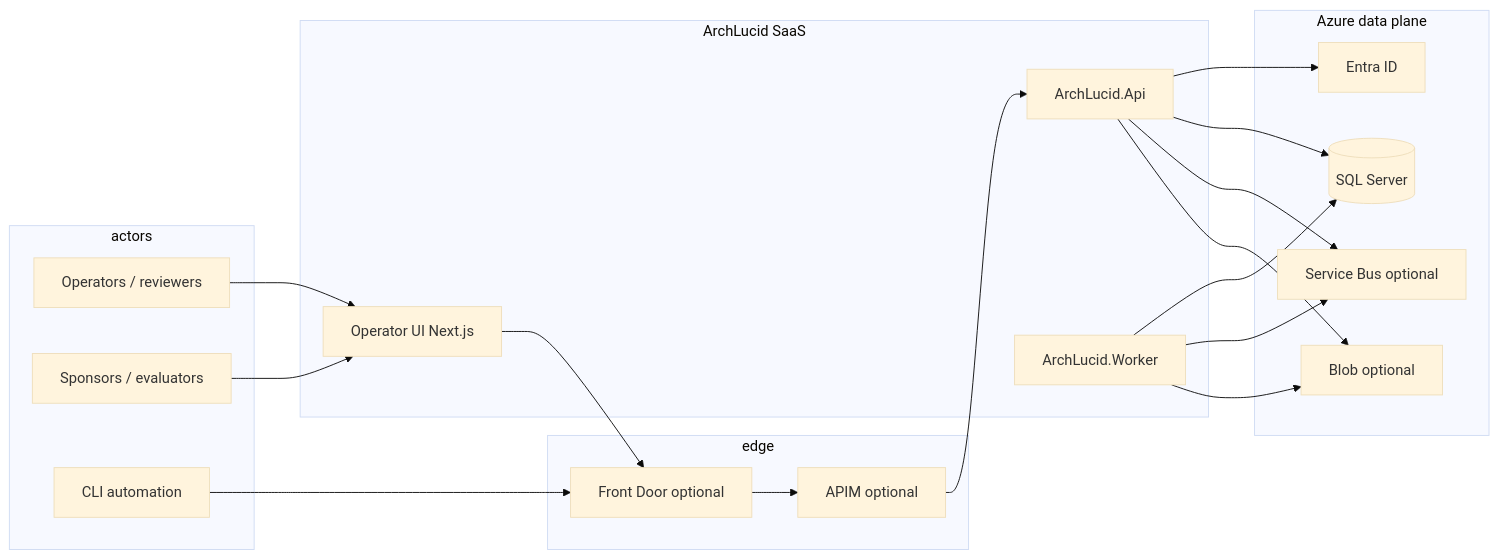
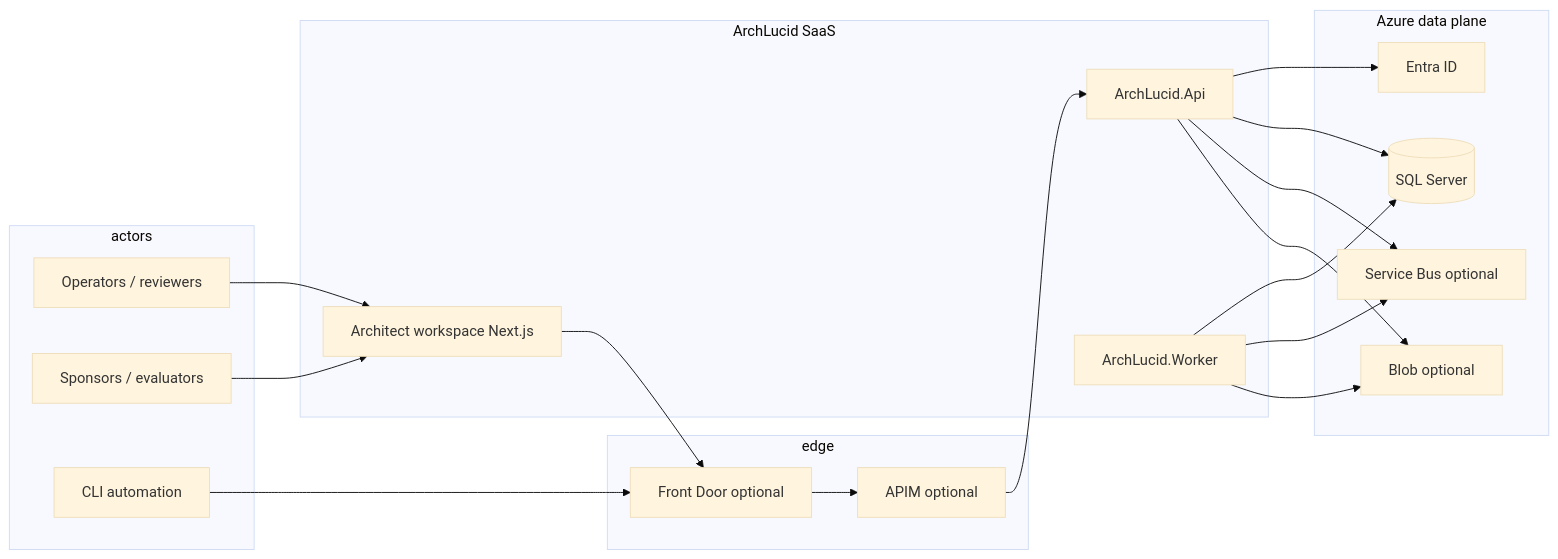
The first of 2 diagrams in docs/ARCHITECTURE_ON_ONE_PAGE.md (joefrancisGA/ArchLucid), drawn with Mermaid (base theme) before and after one commit. The commit also changed other lines of this file and 13 other files, not shown here.

First line of the commit message:
Align Batches 13–14 spine and packaging docs with Architect and Finalize language.

````diff
--- a/docs/ARCHITECTURE_ON_ONE_PAGE.md
+++ b/docs/ARCHITECTURE_ON_ONE_PAGE.md
@@ -32,36 +32,36 @@
 ```mermaid
 flowchart LR
   subgraph actors
     OP[Operators / reviewers]
     SP[Sponsors / evaluators]
     AUTO[CLI automation]
   end
   subgraph edge
     FD[Front Door optional]
     GW[APIM optional]
   end
   subgraph boundary[ArchLucid SaaS]
-    UI[Operator UI Next.js]
+    UI[Architect workspace Next.js]
     API[ArchLucid.Api]
     WK[ArchLucid.Worker]
   end
   subgraph platform[Azure data plane]
     SQL[(SQL Server)]
     SB[Service Bus optional]
     BL[Blob optional]
     ID[Entra ID]
   end
   OP --> UI
   SP --> UI
   AUTO --> FD
   UI --> FD
   FD --> GW
   GW --> API
   API --> ID
   API --> SQL
   WK --> SQL
   API --> SB
   WK --> SB
   API --> BL
   WK --> BL
 ```
````
